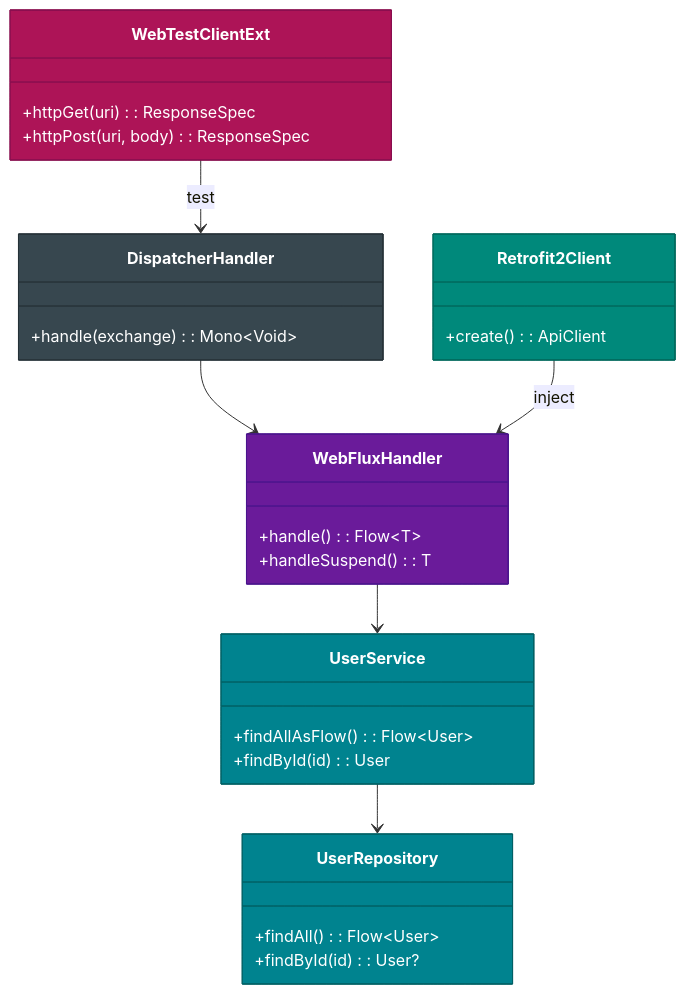
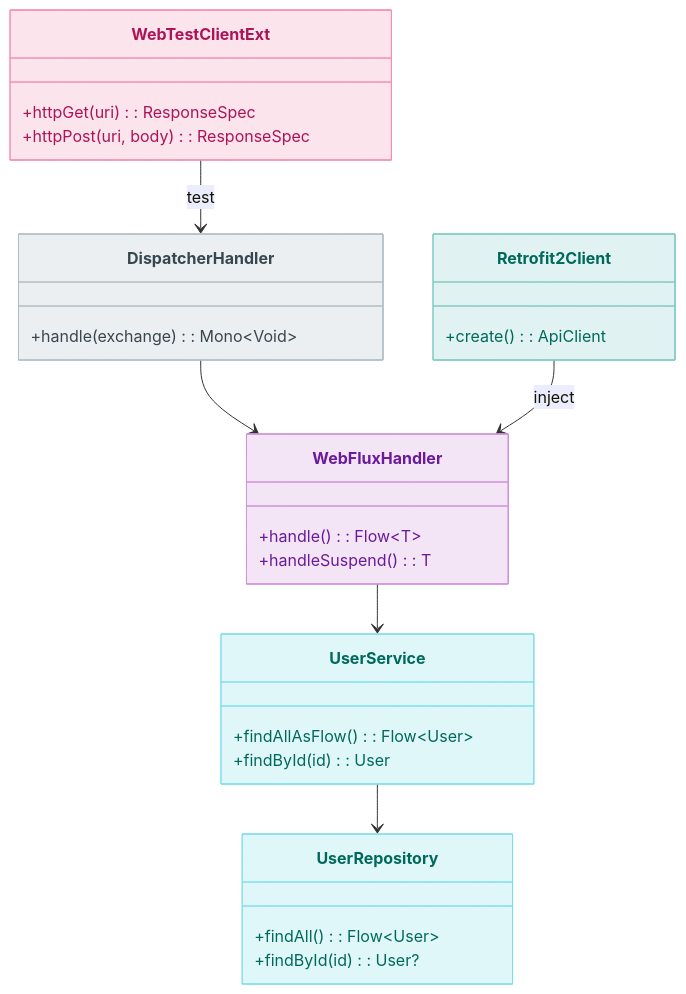
The first of 4 diagrams in spring-boot3/core/README.md (bluetape4k/bluetape4k-projects), drawn with Mermaid before and after one commit. The commit also changed other lines of this file and 219 other files, not shown here.

First line of the commit message:
docs: 전체 README Mermaid 다이어그램 가이드 적용

````diff
--- a/spring-boot3/core/README.md
+++ b/spring-boot3/core/README.md
@@ -79,38 +79,38 @@
 ```mermaid
 classDiagram
     class DispatcherHandler {
         +handle(exchange): Mono~Void~
     }
     class WebFluxHandler {
         +handle(): Flow~T~
         +handleSuspend(): T
     }
     class UserService {
         +findAllAsFlow(): Flow~User~
         +findById(id): User
     }
     class UserRepository {
         +findAll(): Flow~User~
         +findById(id): User?
     }
     class Retrofit2Client {
         +create(): ApiClient
     }
     class WebTestClientExt {
         +httpGet(uri): ResponseSpec
         +httpPost(uri, body): ResponseSpec
     }
 
     DispatcherHandler --> WebFluxHandler
     WebFluxHandler --> UserService
     UserService --> UserRepository
     Retrofit2Client --> WebFluxHandler : inject
     WebTestClientExt --> DispatcherHandler : test
 
-    style DispatcherHandler fill:#37474F,stroke:#263238,color:#FFFFFF
-    style WebFluxHandler fill:#6A1B9A,stroke:#4A148C,color:#FFFFFF
-    style UserService fill:#00838F,stroke:#006064,color:#FFFFFF
-    style UserRepository fill:#00838F,stroke:#006064,color:#FFFFFF
-    style Retrofit2Client fill:#00897B,stroke:#00695C,color:#FFFFFF
-    style WebTestClientExt fill:#AD1457,stroke:#880E4F,color:#FFFFFF
+    style DispatcherHandler fill:#ECEFF1,stroke:#B0BEC5,color:#37474F
+    style WebFluxHandler fill:#F3E5F5,stroke:#CE93D8,color:#6A1B9A
+    style UserService fill:#E0F7FA,stroke:#80DEEA,color:#00695C
+    style UserRepository fill:#E0F7FA,stroke:#80DEEA,color:#00695C
+    style Retrofit2Client fill:#E0F2F1,stroke:#80CBC4,color:#00695C
+    style WebTestClientExt fill:#FCE4EC,stroke:#F48FB1,color:#AD1457
 ```
````
